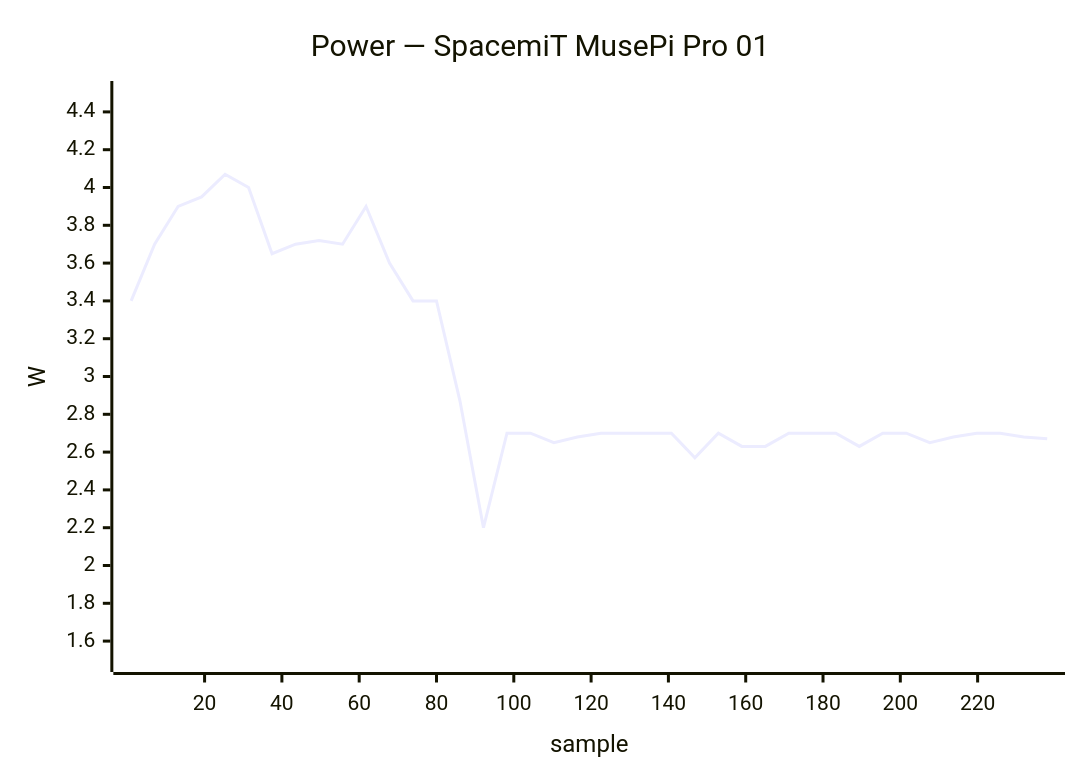
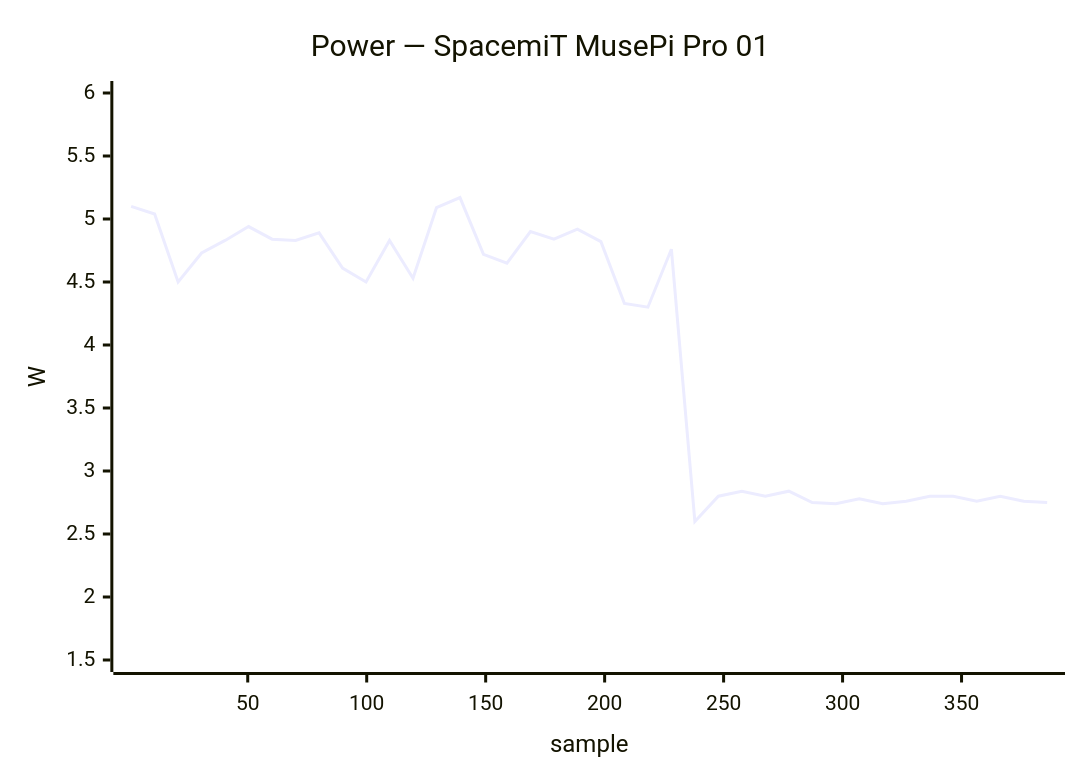
One commit to armbian/documentation changed the fifth of 40 diagrams in docs/status/board-tests.md. Above: the diagram before and after it, drawn with Mermaid. The commit also changed other lines of this file, not shown here.

````diff
--- a/docs/status/board-tests.md
+++ b/docs/status/board-tests.md
@@ -227,7 +242,7 @@
 ```mermaid
 xychart-beta
     title "Power — SpacemiT MusePi Pro 01"
-    x-axis "sample" 1 --> 238
-    y-axis "W" 1.5 --> 4.5
-    line [3.40, 3.70, 3.90, 3.95, 4.07, 4.00, 3.65, 3.70, 3.72, 3.70, 3.90, 3.60, 3.40, 3.40, 2.87, 2.20, 2.70, 2.70, 2.65, 2.68, 2.70, 2.70, 2.70, 2.70, 2.57, 2.70, 2.63, 2.63, 2.70, 2.70, 2.70, 2.63, 2.70, 2.70, 2.65, 2.68, 2.70, 2.70, 2.68, 2.67]
+    x-axis "sample" 1 --> 386
+    y-axis "W" 1.5 --> 6.0
+    line [5.10, 5.04, 4.50, 4.73, 4.83, 4.94, 4.84, 4.83, 4.89, 4.61, 4.50, 4.83, 4.53, 5.09, 5.17, 4.72, 4.65, 4.90, 4.84, 4.92, 4.82, 4.33, 4.30, 4.76, 2.60, 2.80, 2.84, 2.80, 2.84, 2.75, 2.74, 2.78, 2.74, 2.76, 2.80, 2.80, 2.76, 2.80, 2.76, 2.75]
 ```
````
